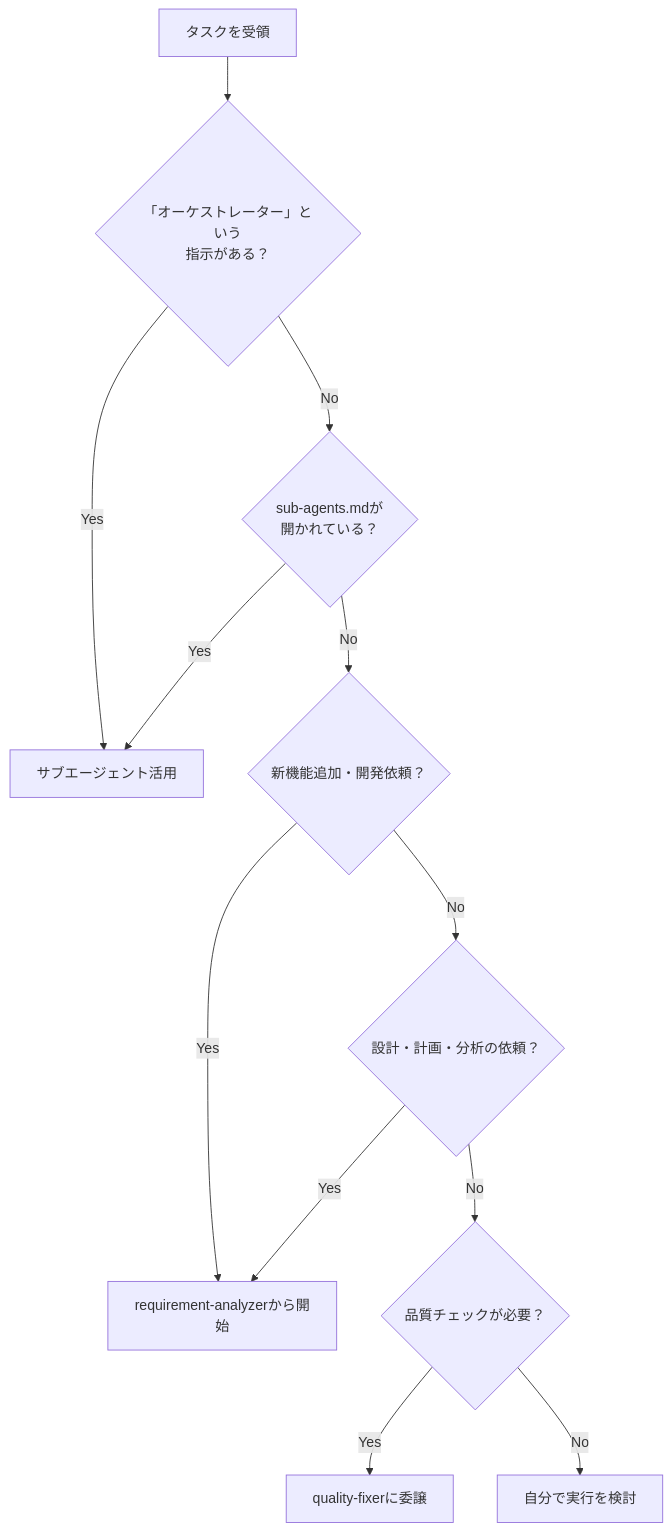
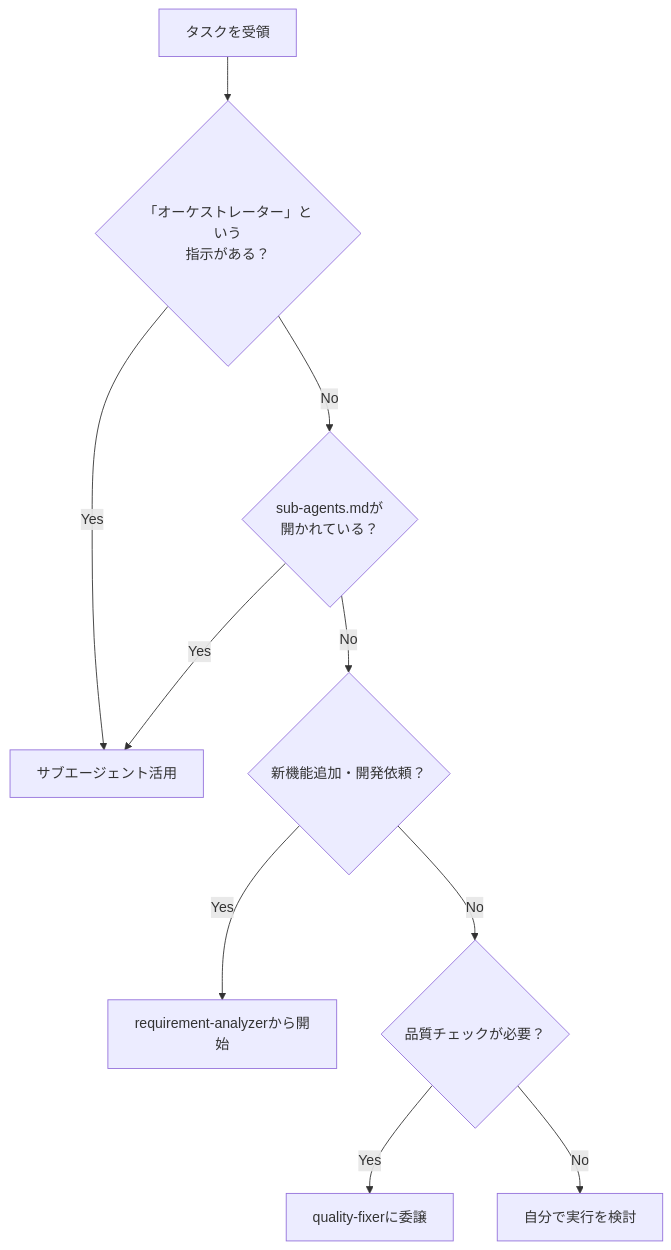
One commit to atsushi-h/web-native-monorepo-template changed the first of 3 diagrams in docs/rules/sub-agents.md. Above: the diagram before and after it, drawn with Mermaid. The commit also changed other lines of this file and 12 other files, not shown here.

````diff
--- a/docs/rules/sub-agents.md
+++ b/docs/rules/sub-agents.md
@@ -18,14 +18,12 @@
 ```mermaid
 graph TD
     Start[タスクを受領] --> Check1{「オーケストレーター」という<br/>指示がある？}
     Check1 -->|Yes| UseSubAgent[サブエージェント活用]
     Check1 -->|No| Check2{sub-agents.mdが<br/>開かれている？}
     Check2 -->|Yes| UseSubAgent
     Check2 -->|No| Check3{新機能追加・開発依頼？}
     Check3 -->|Yes| RequirementAnalyzer[requirement-analyzerから開始]
-    Check3 -->|No| Check4{設計・計画・分析の依頼？}
-    Check4 -->|Yes| RequirementAnalyzer
-    Check4 -->|No| Check5{品質チェックが必要？}
-    Check5 -->|Yes| QualityFixer[quality-fixerに委譲]
-    Check5 -->|No| SelfExecute[自分で実行を検討]
+    Check3 -->|No| Check4{品質チェックが必要？}
+    Check4 -->|Yes| QualityFixer[quality-fixerに委譲]
+    Check4 -->|No| SelfExecute[自分で実行を検討]
 ```
````
